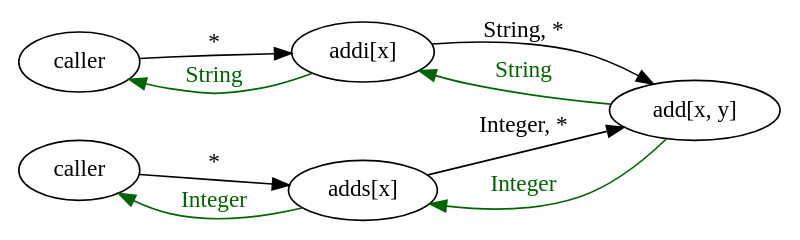
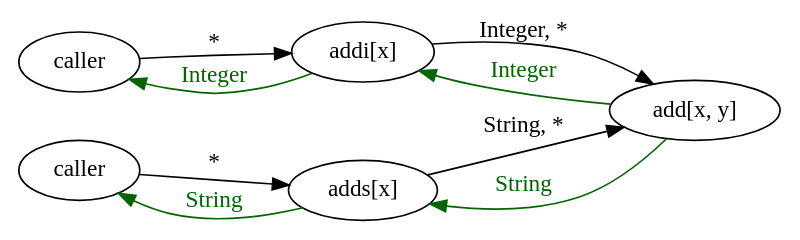
One commit to whitequark/blog changed the diagram in source/_graphs/static-ruby/callgraph2.dot. Above: the diagram before and after it, drawn with Graphviz. The commit also changed 3 other files, not shown here.

```diff
--- a/source/_graphs/static-ruby/callgraph2.dot
+++ b/source/_graphs/static-ruby/callgraph2.dot
@@ -1,23 +1,23 @@
 digraph {
   rankdir=LR;
   size="8,!";
 
   e_addi [label="caller"];
   addi [label="addi[x]"];
   e_adds [label="caller"];
   adds [label="adds[x]"];
   add_aa [label="add[x, y]"]
 
   e_addi -> addi [label="*"];
-  addi -> e_addi [label="String", color="/svg/darkgreen", fontcolor="/svg/darkgreen"];
-  addi -> add_aa [label="String, *"];
-  add_aa -> addi [label="String", color="/svg/darkgreen", fontcolor="/svg/darkgreen"];
+  addi -> e_addi [label="Integer", color="/svg/darkgreen", fontcolor="/svg/darkgreen"];
+  addi -> add_aa [label="Integer, *"];
+  add_aa -> addi [label="Integer", color="/svg/darkgreen", fontcolor="/svg/darkgreen"];
 
   e_adds -> adds [label="*"];
-  adds -> e_adds [label="Integer", color="/svg/darkgreen", fontcolor="/svg/darkgreen"];
-  adds -> add_aa [label="Integer, *"];
-  add_aa -> adds [label="Integer", color="/svg/darkgreen", fontcolor="/svg/darkgreen"];
+  adds -> e_adds [label="String", color="/svg/darkgreen", fontcolor="/svg/darkgreen"];
+  adds -> add_aa [label="String, *"];
+  add_aa -> adds [label="String", color="/svg/darkgreen", fontcolor="/svg/darkgreen"];
 
   { rank=same; e_addi e_adds }
   { rank=same; addi adds }
 }
```
